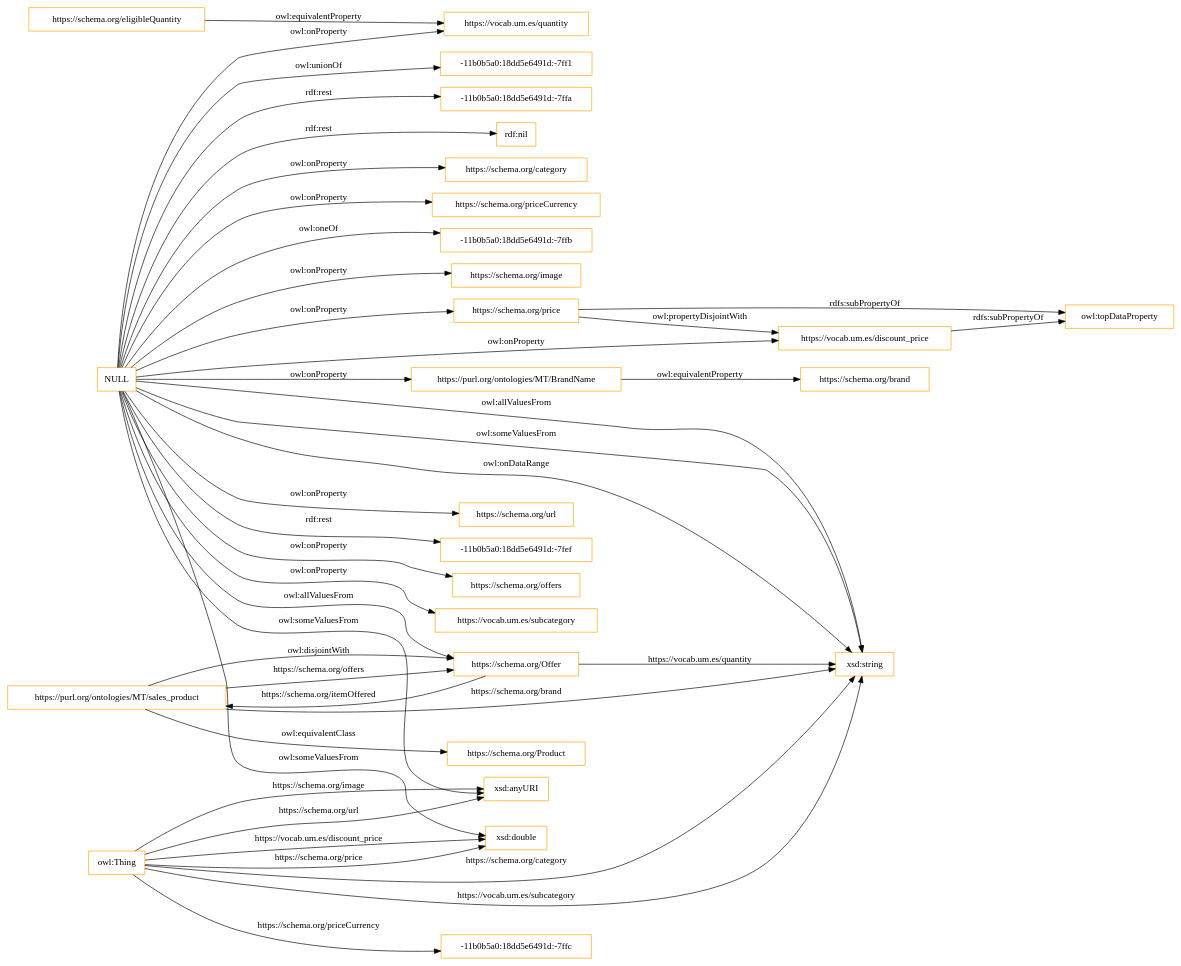
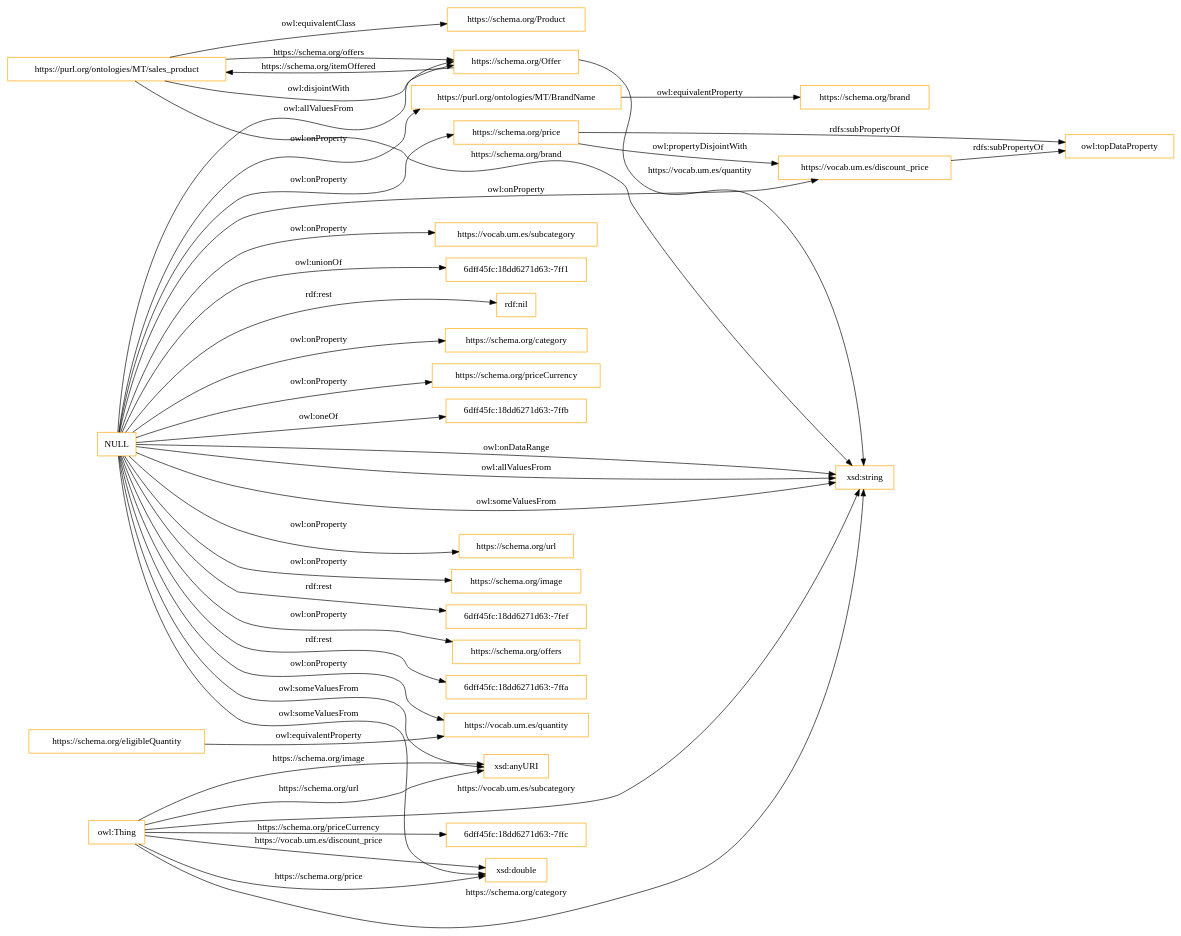
Before and after one commit to tecnomod-um/OntoGenixEvaluation: the diagram in OnToology/ontologies/BigBasketProducts_ontology_human.owl/diagrams/ar2dtool-class/BigBasketProducts_ontology_human.owl.png.dot, drawn with Graphviz. The commit also changed 30 other files, not shown here.

```diff
--- a/OnToology/ontologies/BigBasketProducts_ontology_human.owl/diagrams/ar2dtool-class/BigBasketProducts_ontology_human.owl.png.dot
+++ b/OnToology/ontologies/BigBasketProducts_ontology_human.owl/diagrams/ar2dtool-class/BigBasketProducts_ontology_human.owl.png.dot
@@ -1,45 +1,45 @@
 digraph ar2dtool_diagram { 
 rankdir=LR;
 size="1501"
 node [shape = rectangle, color="orange"]; "https://schema.org/Product" "https://schema.org/Offer" "https://purl.org/ontologies/MT/sales_product" ; /*classes style*/
 	"https://schema.org/eligibleQuantity" -> "https://vocab.um.es/quantity" [ label = "owl:equivalentProperty" ];
 	"https://purl.org/ontologies/MT/sales_product" -> "https://schema.org/Offer" [ label = "owl:disjointWith" ];
 	"https://purl.org/ontologies/MT/sales_product" -> "https://schema.org/Product" [ label = "owl:equivalentClass" ];
 	"https://purl.org/ontologies/MT/BrandName" -> "https://schema.org/brand" [ label = "owl:equivalentProperty" ];
 	"https://schema.org/price" -> "https://vocab.um.es/discount_price" [ label = "owl:propertyDisjointWith" ];
 	"https://schema.org/price" -> "owl:topDataProperty" [ label = "rdfs:subPropertyOf" ];
+	"NULL" -> "https://schema.org/url" [ label = "owl:onProperty" ];
 	"NULL" -> "https://schema.org/image" [ label = "owl:onProperty" ];
+	"NULL" -> "6dff45fc:18dd6271d63:-7fef" [ label = "rdf:rest" ];
+	"NULL" -> "xsd:string" [ label = "owl:someValuesFrom" ];
 	"NULL" -> "https://schema.org/price" [ label = "owl:onProperty" ];
-	"NULL" -> "xsd:string" [ label = "owl:someValuesFrom" ];
-	"NULL" -> "https://schema.org/url" [ label = "owl:onProperty" ];
-	"NULL" -> "-11b0b5a0:18dd5e6491d:-7fef" [ label = "rdf:rest" ];
 	"NULL" -> "https://vocab.um.es/quantity" [ label = "owl:onProperty" ];
 	"NULL" -> "xsd:anyURI" [ label = "owl:someValuesFrom" ];
 	"NULL" -> "https://schema.org/offers" [ label = "owl:onProperty" ];
+	"NULL" -> "6dff45fc:18dd6271d63:-7ffa" [ label = "rdf:rest" ];
 	"NULL" -> "https://vocab.um.es/subcategory" [ label = "owl:onProperty" ];
-	"NULL" -> "-11b0b5a0:18dd5e6491d:-7ff1" [ label = "owl:unionOf" ];
+	"NULL" -> "6dff45fc:18dd6271d63:-7ff1" [ label = "owl:unionOf" ];
 	"NULL" -> "xsd:double" [ label = "owl:someValuesFrom" ];
-	"NULL" -> "-11b0b5a0:18dd5e6491d:-7ffa" [ label = "rdf:rest" ];
 	"NULL" -> "rdf:nil" [ label = "rdf:rest" ];
 	"NULL" -> "https://schema.org/category" [ label = "owl:onProperty" ];
 	"NULL" -> "xsd:string" [ label = "owl:onDataRange" ];
 	"NULL" -> "https://schema.org/priceCurrency" [ label = "owl:onProperty" ];
-	"NULL" -> "-11b0b5a0:18dd5e6491d:-7ffb" [ label = "owl:oneOf" ];
+	"NULL" -> "https://vocab.um.es/discount_price" [ label = "owl:onProperty" ];
 	"NULL" -> "https://schema.org/Offer" [ label = "owl:allValuesFrom" ];
-	"NULL" -> "https://vocab.um.es/discount_price" [ label = "owl:onProperty" ];
+	"NULL" -> "6dff45fc:18dd6271d63:-7ffb" [ label = "owl:oneOf" ];
 	"NULL" -> "https://purl.org/ontologies/MT/BrandName" [ label = "owl:onProperty" ];
 	"NULL" -> "xsd:string" [ label = "owl:allValuesFrom" ];
 	"https://vocab.um.es/discount_price" -> "owl:topDataProperty" [ label = "rdfs:subPropertyOf" ];
 	"owl:Thing" -> "xsd:anyURI" [ label = "https://schema.org/image" ];
 	"https://purl.org/ontologies/MT/sales_product" -> "https://schema.org/Offer" [ label = "https://schema.org/offers" ];
 	"https://schema.org/Offer" -> "xsd:string" [ label = "https://vocab.um.es/quantity" ];
 	"owl:Thing" -> "xsd:anyURI" [ label = "https://schema.org/url" ];
 	"owl:Thing" -> "xsd:double" [ label = "https://schema.org/price" ];
 	"https://schema.org/Offer" -> "https://purl.org/ontologies/MT/sales_product" [ label = "https://schema.org/itemOffered" ];
 	"owl:Thing" -> "xsd:string" [ label = "https://schema.org/category" ];
 	"owl:Thing" -> "xsd:string" [ label = "https://vocab.um.es/subcategory" ];
 	"https://purl.org/ontologies/MT/sales_product" -> "xsd:string" [ label = "https://schema.org/brand" ];
-	"owl:Thing" -> "-11b0b5a0:18dd5e6491d:-7ffc" [ label = "https://schema.org/priceCurrency" ];
+	"owl:Thing" -> "6dff45fc:18dd6271d63:-7ffc" [ label = "https://schema.org/priceCurrency" ];
 	"owl:Thing" -> "xsd:double" [ label = "https://vocab.um.es/discount_price" ];
 
 }
```
